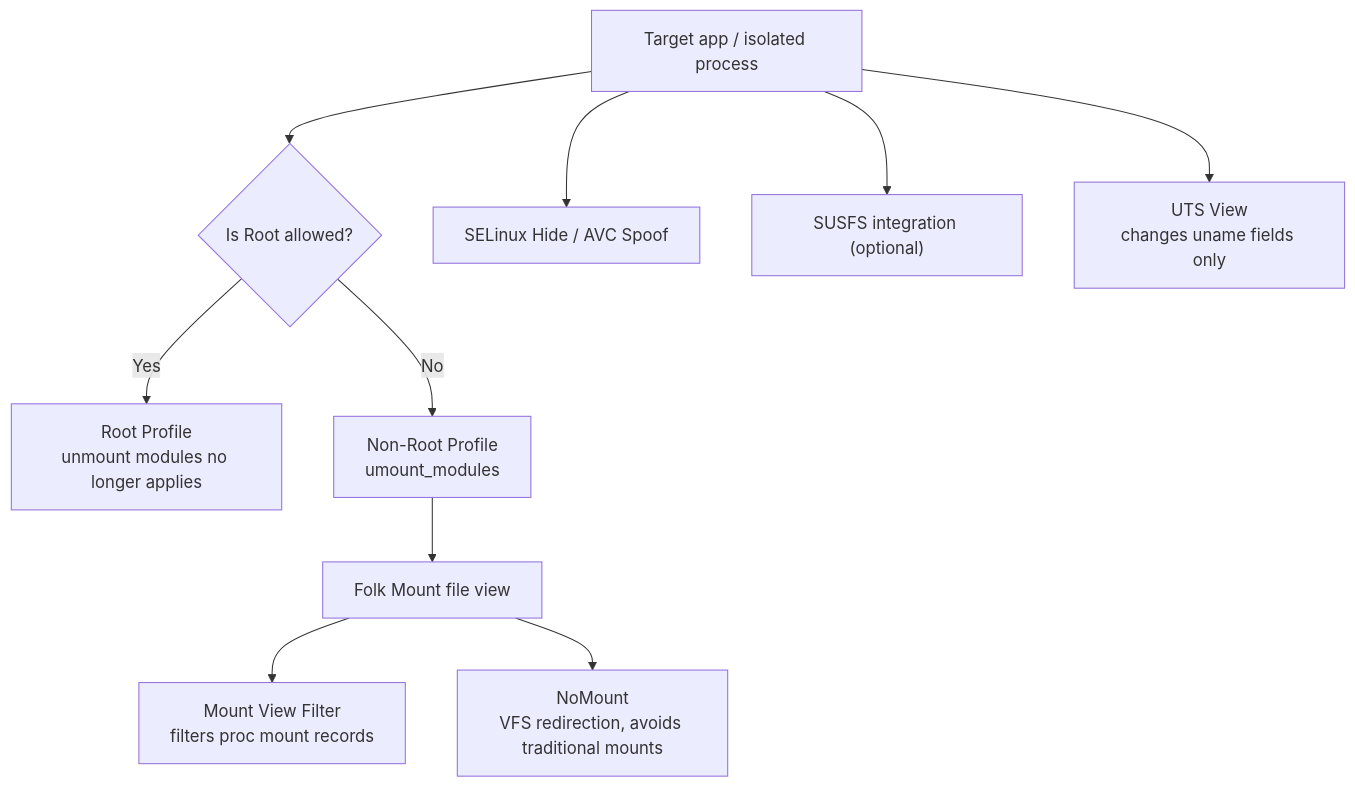
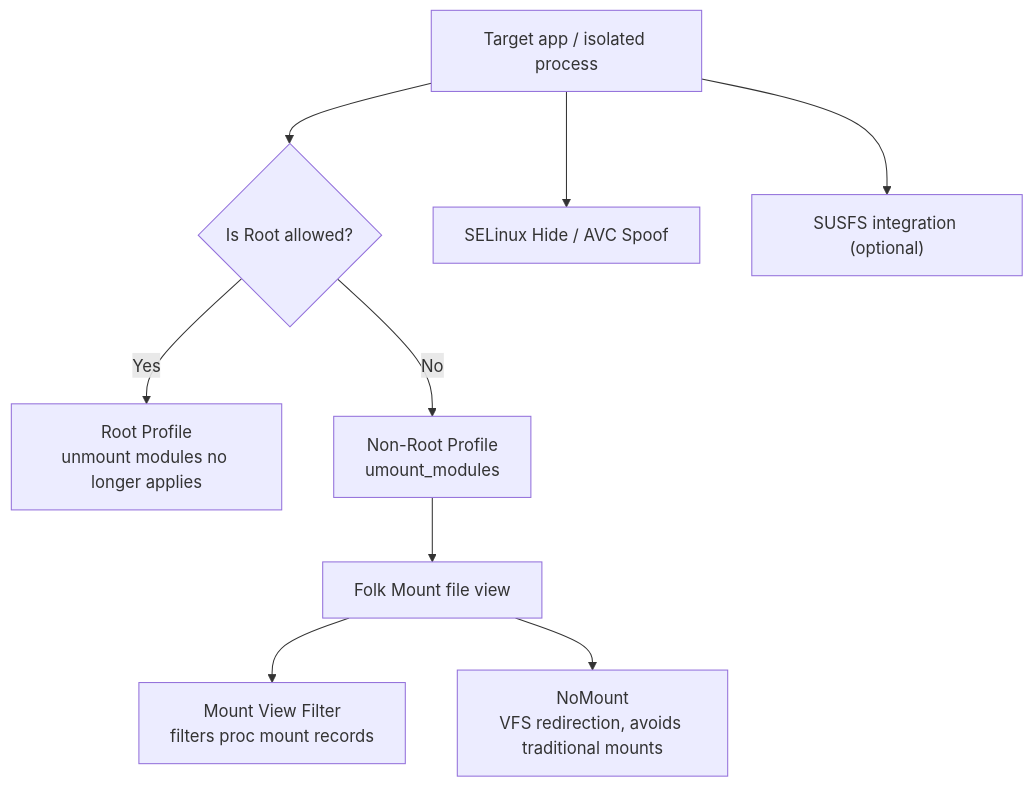
The diagram in website/docs/en/troubleshoot/detection.md (LxyaoX/FinaSU), drawn with Mermaid before and after one commit. The commit also changed other lines of this file and 135 other files, not shown here.

````diff
--- a/website/docs/en/troubleshoot/detection.md
+++ b/website/docs/en/troubleshoot/detection.md
@@ -21,12 +21,11 @@
 ```mermaid
 flowchart TD
     A["Target app / isolated process"] --> B{"Is Root allowed?"}
     B -->|"Yes"| C["Root Profile<br/>unmount modules no longer applies"]
     B -->|"No"| D["Non-Root Profile<br/>umount_modules"]
     D --> E["Folk Mount file view"]
     E --> F["Mount View Filter<br/>filters proc mount records"]
     E --> G["NoMount<br/>VFS redirection, avoids traditional mounts"]
     A --> H["SELinux Hide / AVC Spoof"]
     A --> I["SUSFS integration (optional)"]
-    A --> J["UTS View<br/>changes uname fields only"]
 ```
````
